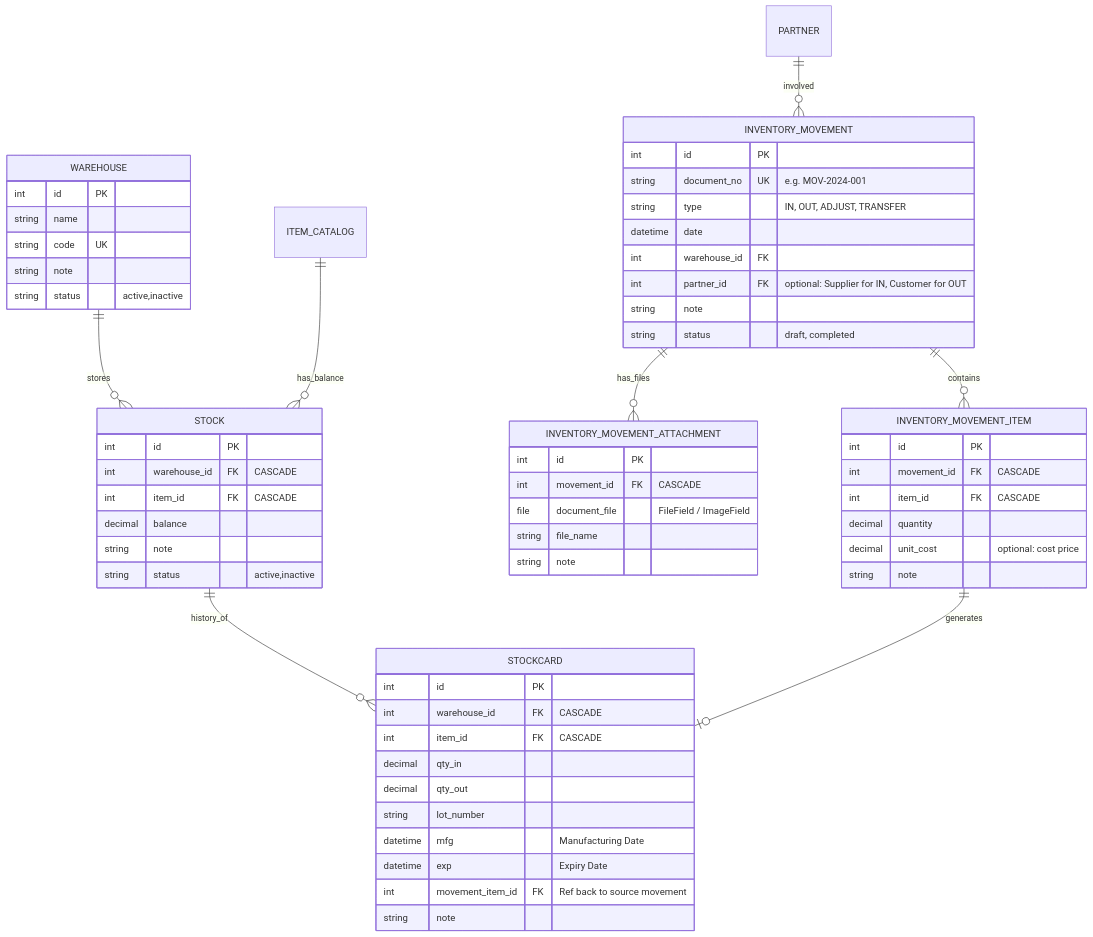
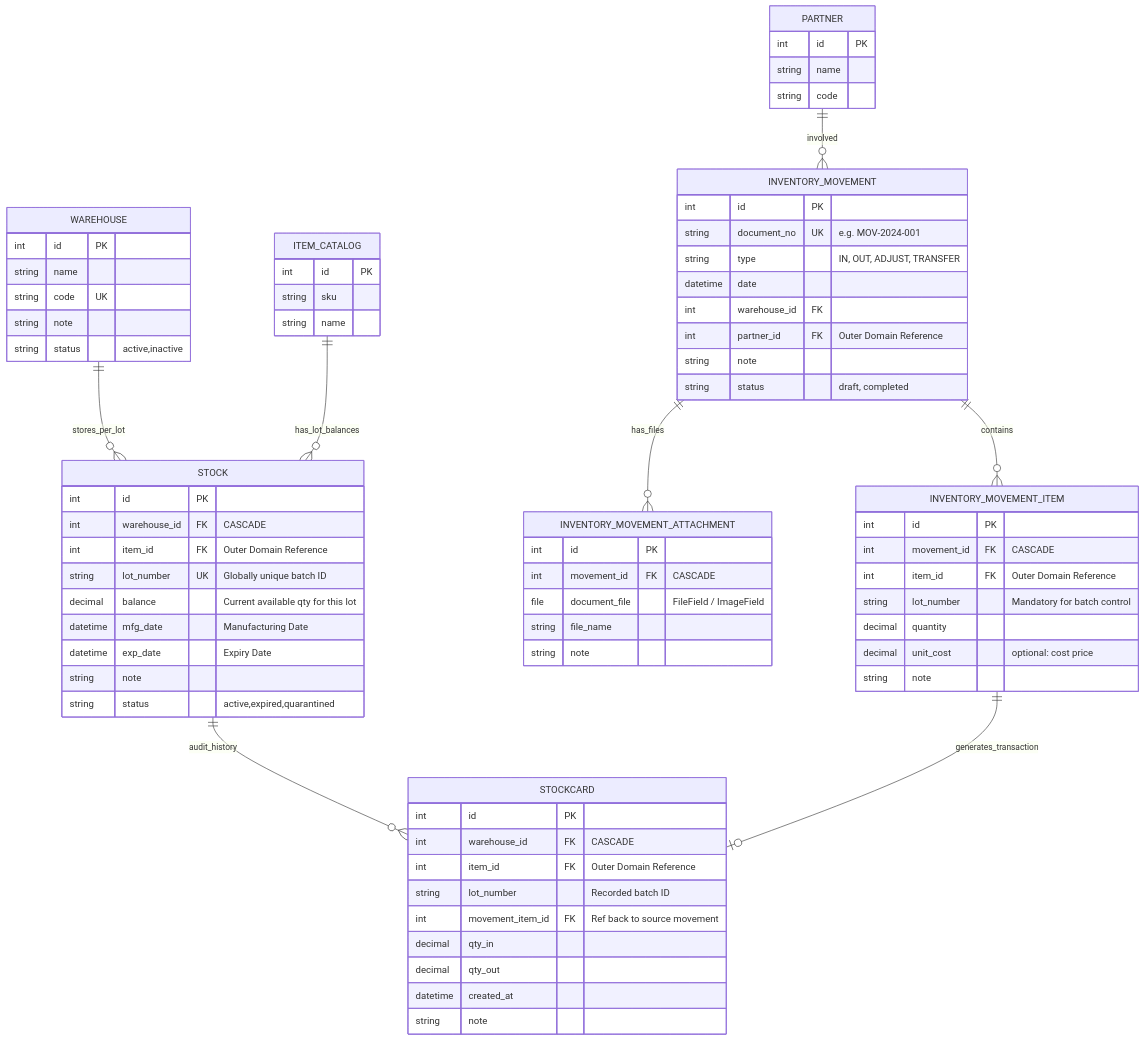
The diagram in django/inventory/docs/ERD.md (lockdoor/tj_inventory), drawn with Mermaid before and after one commit. The commit also changed 8 other files, not shown here.

Commit message:
feat: inventory app warehouse, stock model

````diff
--- a/django/inventory/docs/ERD.md
+++ b/django/inventory/docs/ERD.md
@@ -9,27 +9,43 @@
         string status "active,inactive"
     }
 
-    %% Stock balance
+    %% Outer Domain: Reference only
+    ITEM_CATALOG {
+        int id PK
+        string sku
+        string name
+    }
+
+    %% Outer Domain: Reference only
+    PARTNER {
+        int id PK
+        string name
+        string code
+    }
+
+    %% Stock balance per LOT
     STOCK {
         int id PK
         int warehouse_id FK "CASCADE"
-        int item_id FK "CASCADE"
-        decimal balance
+        int item_id FK "Outer Domain Reference"
+        string lot_number UK "Globally unique batch ID"
+        decimal balance "Current available qty for this lot"
+        datetime mfg_date "Manufacturing Date"
+        datetime exp_date "Expiry Date"
         string note
-        string status "active,inactive"
+        string status "active,expired,quarantined"
     }
 
-    %% Transaction history for each item in each warehouse
+    %% Transaction history with Lot tracking
     STOCKCARD {
         int id PK
         int warehouse_id FK "CASCADE"
-        int item_id FK "CASCADE"
+        int item_id FK "Outer Domain Reference"
+        string lot_number "Recorded batch ID"
+        int movement_item_id FK "Ref back to source movement"
         decimal qty_in
         decimal qty_out
-        string lot_number
-        datetime mfg "Manufacturing Date"
-        datetime exp "Expiry Date"
-        int movement_item_id FK "Ref back to source movement"
+        datetime created_at
         string note
     }
 
@@ -40,7 +56,7 @@
         string type "IN, OUT, ADJUST, TRANSFER"
         datetime date
         int warehouse_id FK
-        int partner_id FK "optional: Supplier for IN, Customer for OUT"
+        int partner_id FK "Outer Domain Reference"
         string note
         string status "draft, completed"
     }
@@ -58,17 +74,25 @@
     INVENTORY_MOVEMENT_ITEM {
         int id PK
         int movement_id FK "CASCADE"
-        int item_id FK "CASCADE"
+        int item_id FK "Outer Domain Reference"
+        string lot_number "Mandatory for batch control"
         decimal quantity
         decimal unit_cost "optional: cost price"
         string note
     }
 
-    WAREHOUSE ||--o{ STOCK : "stores"
-    ITEM_CATALOG ||--o{ STOCK : "has_balance"
-    STOCK ||--o{ STOCKCARD : "history_of"
+    %% Relationships
+    WAREHOUSE ||--o{ STOCK : "stores_per_lot"
+    ITEM_CATALOG ||--o{ STOCK : "has_lot_balances"
+    STOCK ||--o{ STOCKCARD : "audit_history"
     INVENTORY_MOVEMENT ||--o{ INVENTORY_MOVEMENT_ITEM : "contains"
     INVENTORY_MOVEMENT ||--o{ INVENTORY_MOVEMENT_ATTACHMENT : "has_files"
-    INVENTORY_MOVEMENT_ITEM ||--o| STOCKCARD : "generates"
+    INVENTORY_MOVEMENT_ITEM ||--o| STOCKCARD : "generates_transaction"
     PARTNER ||--o{ INVENTORY_MOVEMENT : "involved"
+
+    %% Business Logic Notes
+    %% Logic: [INBOUND] Create or update STOCK record for the specified lot_number.
+    %% Logic: [OUTBOUND] Select existing lot_number from STOCK. Deduct balance.
+    %% Logic: [TRACEABILITY] Every STOCKCARD entry must be tied to a lot_number for full audit trail.
+    %% Logic: [BALANCE] Total item balance = sum of STOCK.balance where item_id matches.
 ```
````
